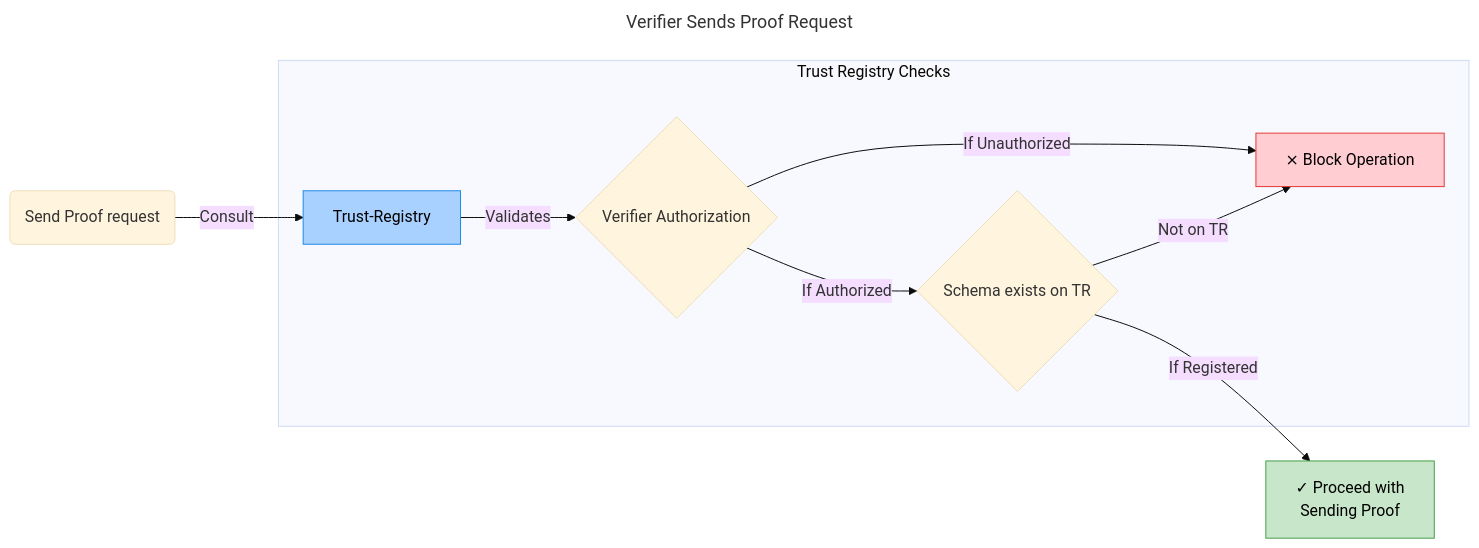
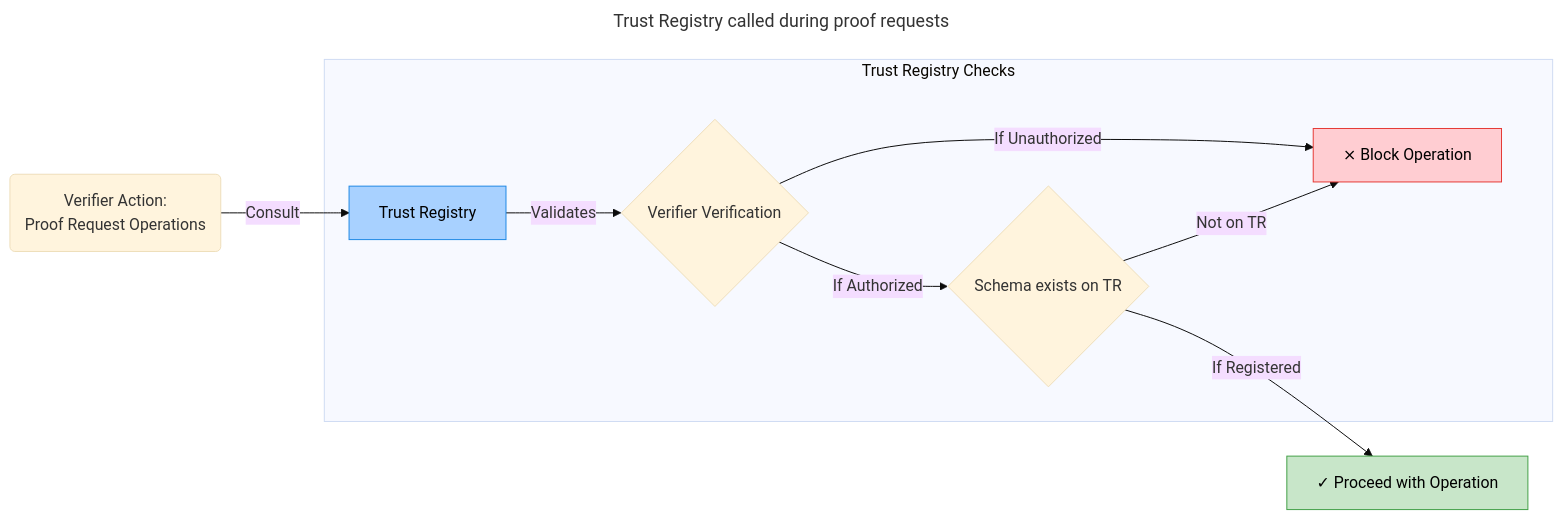
One commit to didx-xyz/aries-cloudapi-python changed the second of 2 diagrams in docs/Trust Registry.md. Above: the diagram before and after it, drawn with Mermaid (base theme). The commit also changed other lines of this file, not shown here.

Commit message:
:art: Update docs and reduce charts to 1 for issuer and 1 for verifier

````diff
--- a/docs/Trust Registry.md
+++ b/docs/Trust Registry.md
@@ -167,18 +113,18 @@
 ```mermaid
 ---
-title: Verifier Sends Proof Request
+title: Trust Registry called during proof requests
 ---
 flowchart LR
-  Start(Send Proof request) -->|Consult| TR[Trust-Registry]
+  Start(Verifier Action:<br>Proof Request Operations) -->|Consult| TR[Trust Registry]
   subgraph Trust Registry Checks
-    TR -->|Validates| Check1{Verifier Authorization}
+    TR -->|Validates| Check1{Verifier Verification}
     Check1 -->|If Unauthorized| Block[⨯ Block Operation]
     Check1 -->|If Authorized| Check2{Schema exists on TR}
     Check2 -->|Not on TR| Block
   end
-  Check2 -->|If Registered| Continue[✓ Proceed with <br> Sending Proof]
-   
+  Check2 -->|If Registered| Continue[✓ Proceed with Operation]
+
   style TR fill:#a8d1ff,stroke:#1e88e5,color:black
   style Block fill:#ffcdd2,stroke:#e53935,color:black
   style Continue fill:#c8e6c9,stroke:#43a047,color:black
 ```
````
